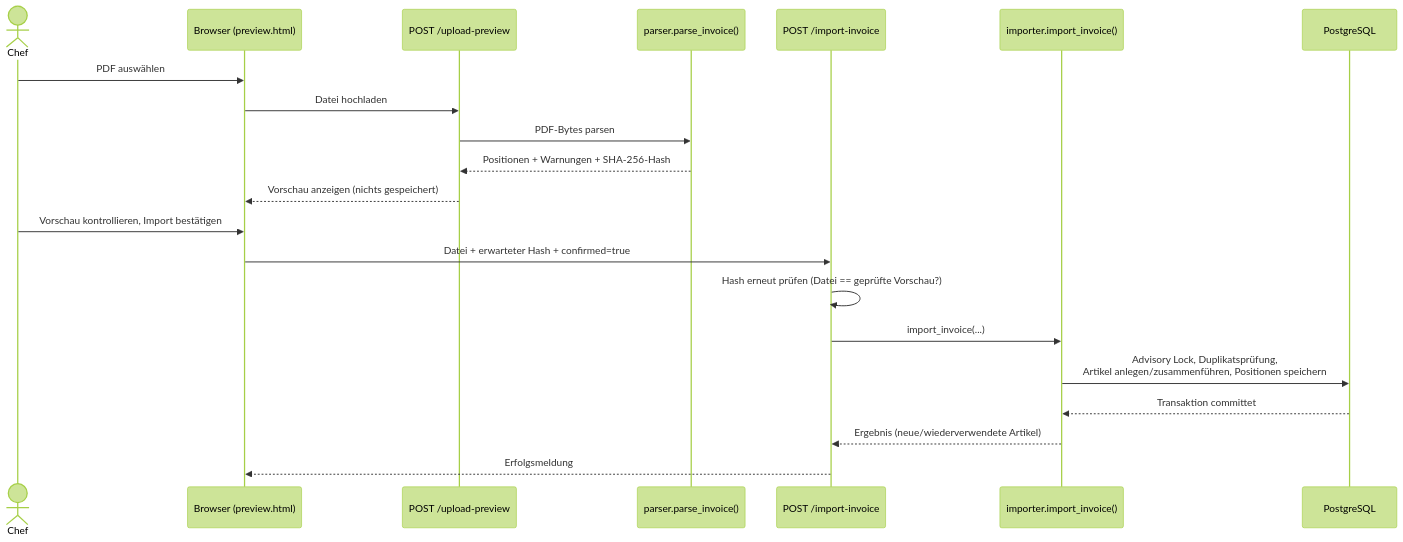
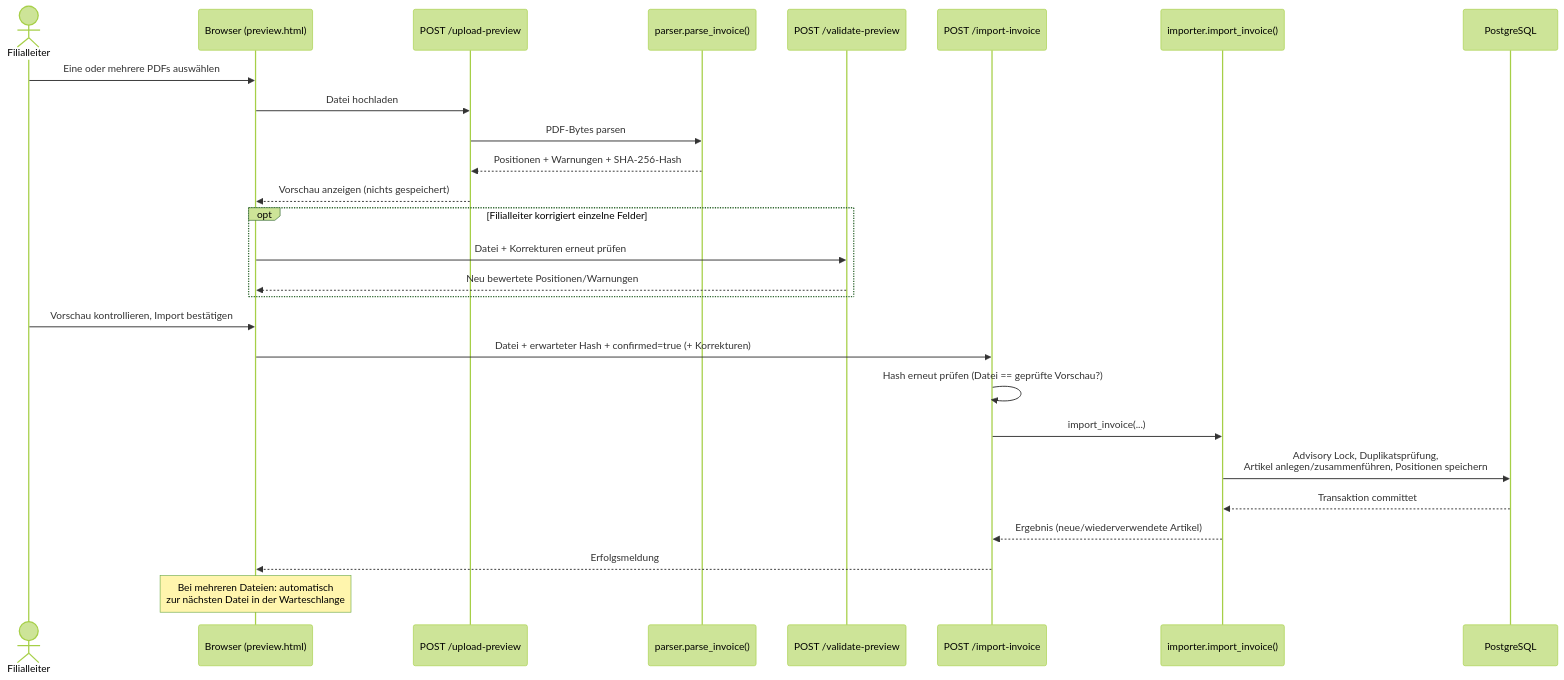
The second of 2 diagrams in docs/architektur.md (FreaXz03/sportfabrik-inventory), drawn with Mermaid (forest theme) before and after one commit. The commit also changed other lines of this file and 23 other files, not shown here.

````diff
--- a/docs/architektur.md
+++ b/docs/architektur.md
@@ -71,24 +90,30 @@
 ```mermaid
 sequenceDiagram
-    actor Chef
+    actor Filialleiter
     participant UI as Browser (preview.html)
     participant Preview as POST /upload-preview
     participant Parser as parser.parse_invoice()
+    participant Validate as POST /validate-preview
     participant Import as POST /import-invoice
     participant Importer as importer.import_invoice()
     participant DB as PostgreSQL
 
-    Chef->>UI: PDF auswählen
+    Filialleiter->>UI: Eine oder mehrere PDFs auswählen
     UI->>Preview: Datei hochladen
     Preview->>Parser: PDF-Bytes parsen
     Parser-->>Preview: Positionen + Warnungen + SHA-256-Hash
     Preview-->>UI: Vorschau anzeigen (nichts gespeichert)
-    Chef->>UI: Vorschau kontrollieren, Import bestätigen
-    UI->>Import: Datei + erwarteter Hash + confirmed=true
+    opt Filialleiter korrigiert einzelne Felder
+        UI->>Validate: Datei + Korrekturen erneut prüfen
+        Validate-->>UI: Neu bewertete Positionen/Warnungen
+    end
+    Filialleiter->>UI: Vorschau kontrollieren, Import bestätigen
+    UI->>Import: Datei + erwarteter Hash + confirmed=true (+ Korrekturen)
     Import->>Import: Hash erneut prüfen (Datei == geprüfte Vorschau?)
     Import->>Importer: import_invoice(...)
     Importer->>DB: Advisory Lock, Duplikatsprüfung,<br/>Artikel anlegen/zusammenführen, Positionen speichern
     DB-->>Importer: Transaktion committet
     Importer-->>Import: Ergebnis (neue/wiederverwendete Artikel)
     Import-->>UI: Erfolgsmeldung
+    Note over UI: Bei mehreren Dateien: automatisch<br/>zur nächsten Datei in der Warteschlange
 ```
````
